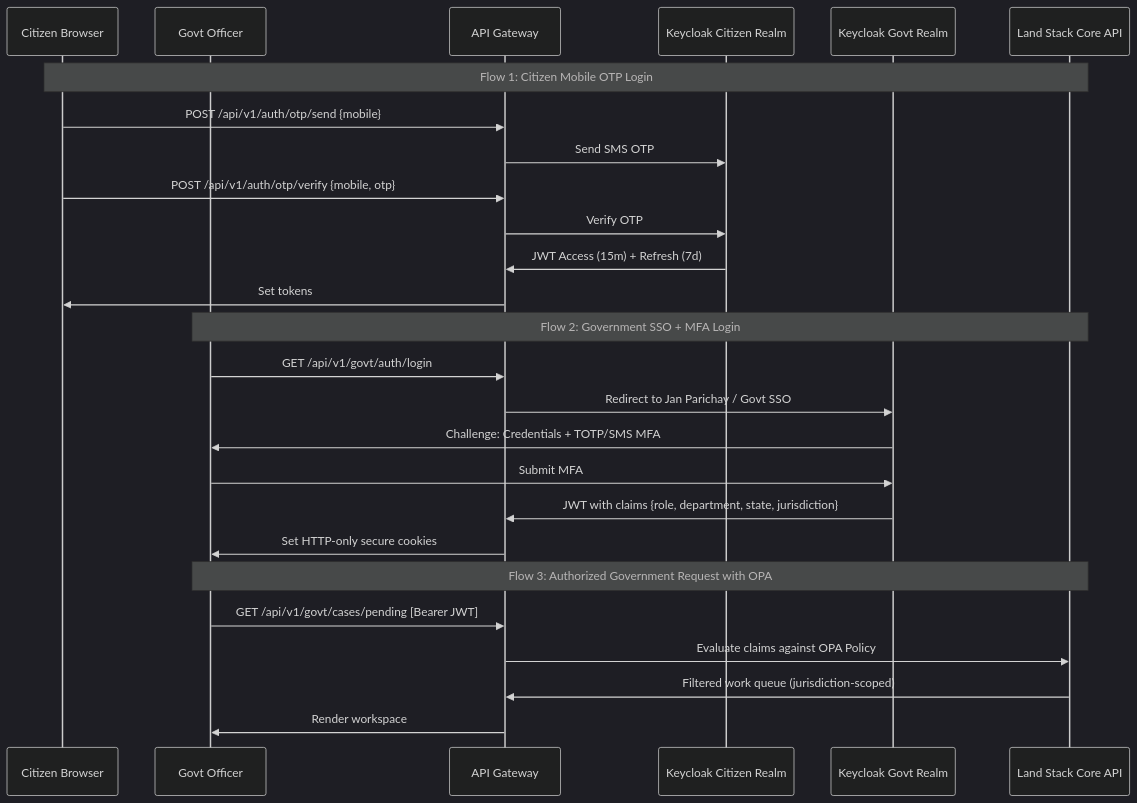
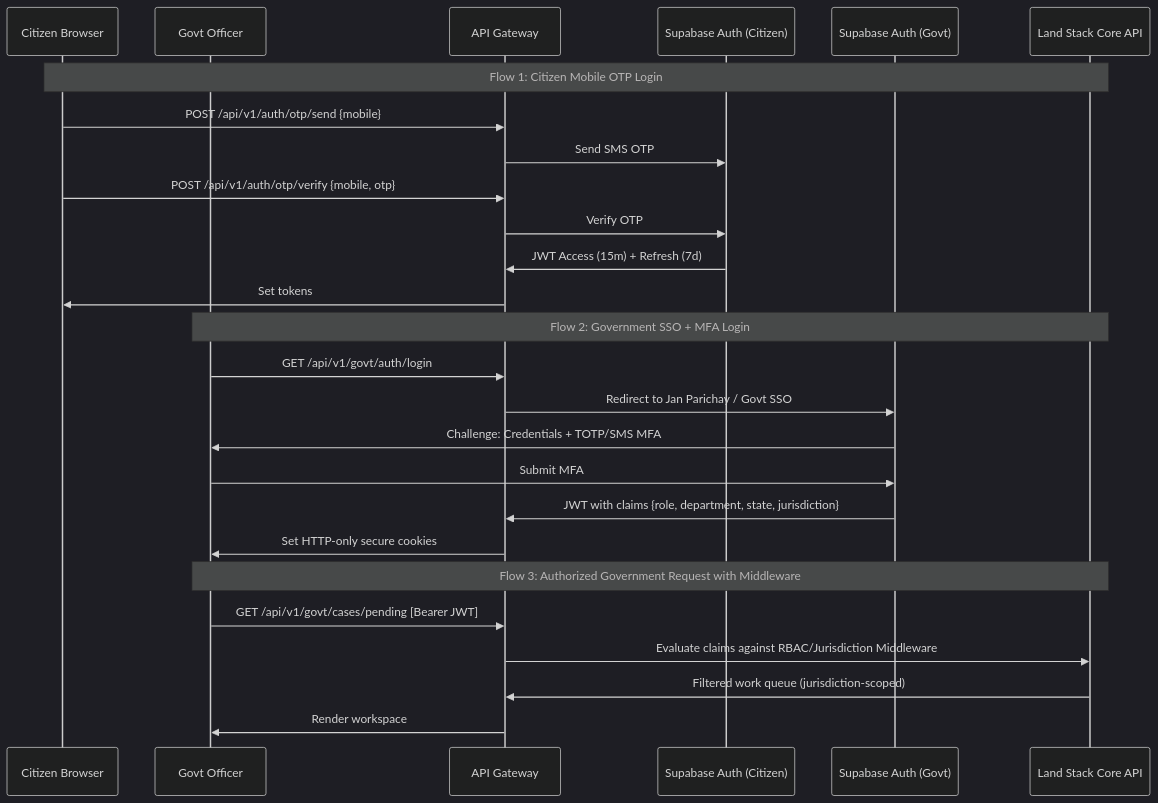
One commit to Abhishekgujar28/LAND-STACK changed the fourth of 5 diagrams in docs/main-docs/architecture.md. Above: the diagram before and after it, drawn with Mermaid (dark theme). The commit also changed other lines of this file and 53 other files, not shown here.

````diff
--- a/docs/main-docs/architecture.md
+++ b/docs/main-docs/architecture.md
@@ -734,31 +654,31 @@
 ```mermaid
 sequenceDiagram
     participant C as Citizen Browser
     participant O as Govt Officer
     participant GW as API Gateway
-    participant KC_CIT as Keycloak Citizen Realm
-    participant KC_GOV as Keycloak Govt Realm
+    participant SUPA_CIT as Supabase Auth (Citizen)
+    participant SUPA_GOV as Supabase Auth (Govt)
     participant API as Land Stack Core API
 
     Note over C,API: Flow 1: Citizen Mobile OTP Login
     C->>GW: POST /api/v1/auth/otp/send {mobile}
-    GW->>KC_CIT: Send SMS OTP
+    GW->>SUPA_CIT: Send SMS OTP
     C->>GW: POST /api/v1/auth/otp/verify {mobile, otp}
-    GW->>KC_CIT: Verify OTP
-    KC_CIT->>GW: JWT Access (15m) + Refresh (7d)
+    GW->>SUPA_CIT: Verify OTP
+    SUPA_CIT->>GW: JWT Access (15m) + Refresh (7d)
     GW->>C: Set tokens
 
     Note over O,API: Flow 2: Government SSO + MFA Login
     O->>GW: GET /api/v1/govt/auth/login
-    GW->>KC_GOV: Redirect to Jan Parichay / Govt SSO
-    KC_GOV->>O: Challenge: Credentials + TOTP/SMS MFA
-    O->>KC_GOV: Submit MFA
-    KC_GOV->>GW: JWT with claims {role, department, state, jurisdiction}
+    GW->>SUPA_GOV: Redirect to Jan Parichay / Govt SSO
+    SUPA_GOV->>O: Challenge: Credentials + TOTP/SMS MFA
+    O->>SUPA_GOV: Submit MFA
+    SUPA_GOV->>GW: JWT with claims {role, department, state, jurisdiction}
     GW->>O: Set HTTP-only secure cookies
 
-    Note over O,API: Flow 3: Authorized Government Request with OPA
+    Note over O,API: Flow 3: Authorized Government Request with Middleware
     O->>GW: GET /api/v1/govt/cases/pending [Bearer JWT]
-    GW->>API: Evaluate claims against OPA Policy
+    GW->>API: Evaluate claims against RBAC/Jurisdiction Middleware
     API->>GW: Filtered work queue (jurisdiction-scoped)
     GW->>O: Render workspace
 ```
````
